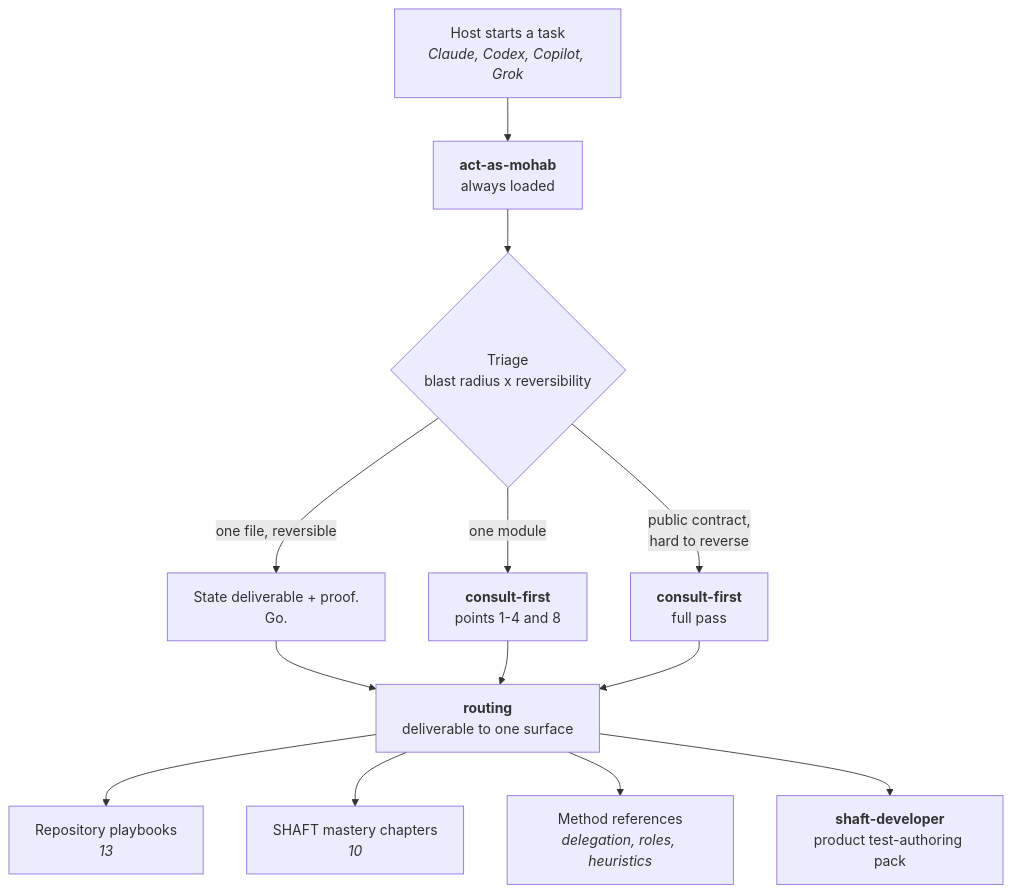
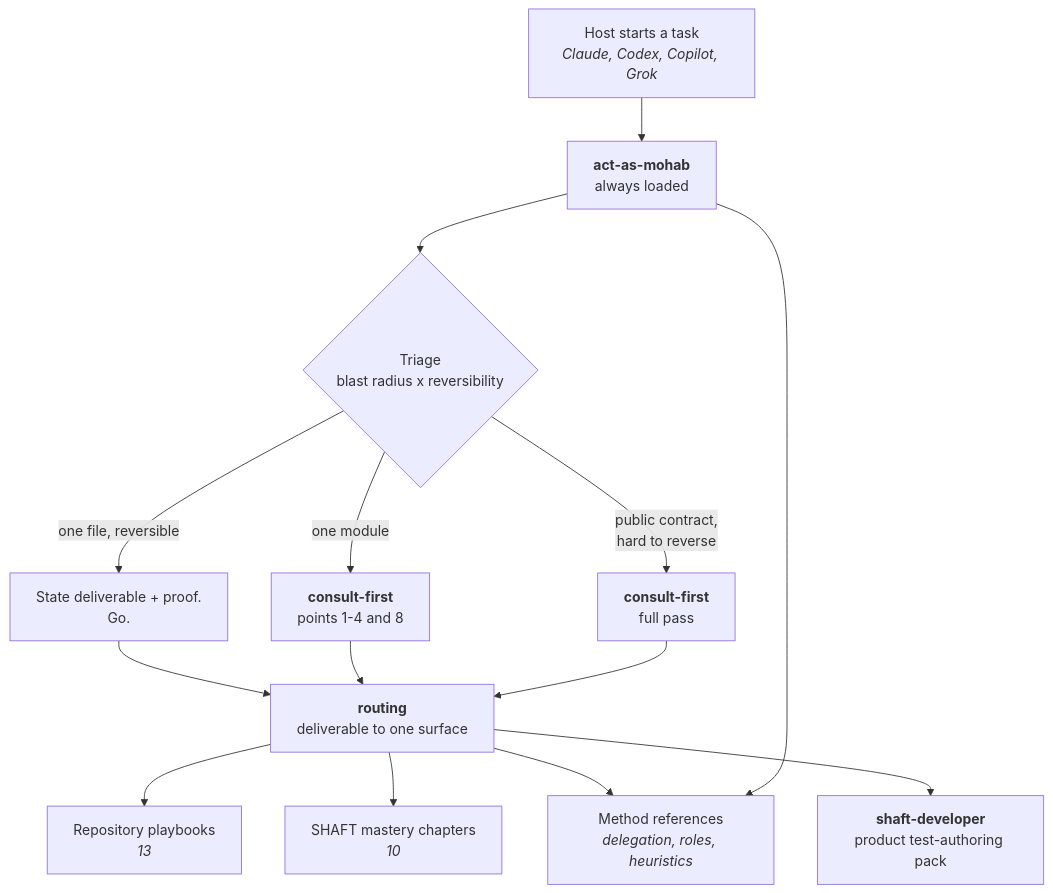
The first of 4 diagrams in .agents/skills/README.md (ShaftHQ/SHAFT_ENGINE), drawn with Mermaid before and after one commit. The commit also changed other lines of this file and 2 other files, not shown here.

````diff
--- a/.agents/skills/README.md
+++ b/.agents/skills/README.md
@@ -20,21 +20,22 @@
 ```mermaid
 flowchart TD
     H["Host starts a task<br/><i>Claude, Codex, Copilot, Grok</i>"] --> E
 
     E["<b>act-as-mohab</b><br/>always loaded"]
     E --> T{"Triage<br/>blast radius x reversibility"}
 
     T -->|"one file, reversible"| GO["State deliverable + proof.<br/>Go."]
     T -->|"one module"| C["<b>consult-first</b><br/>points 1-4 and 8"]
     T -->|"public contract,<br/>hard to reverse"| CF["<b>consult-first</b><br/>full pass"]
 
     GO --> R
     C --> R
     CF --> R
 
     R["<b>routing</b><br/>deliverable to one surface"]
     R --> P["Repository playbooks<br/><i>13</i>"]
     R --> M["SHAFT mastery chapters<br/><i>10</i>"]
     R --> D["Method references<br/><i>delegation, roles, heuristics</i>"]
+    E --> D
     R --> S["<b>shaft-developer</b><br/>product test-authoring pack"]
 ```
````
